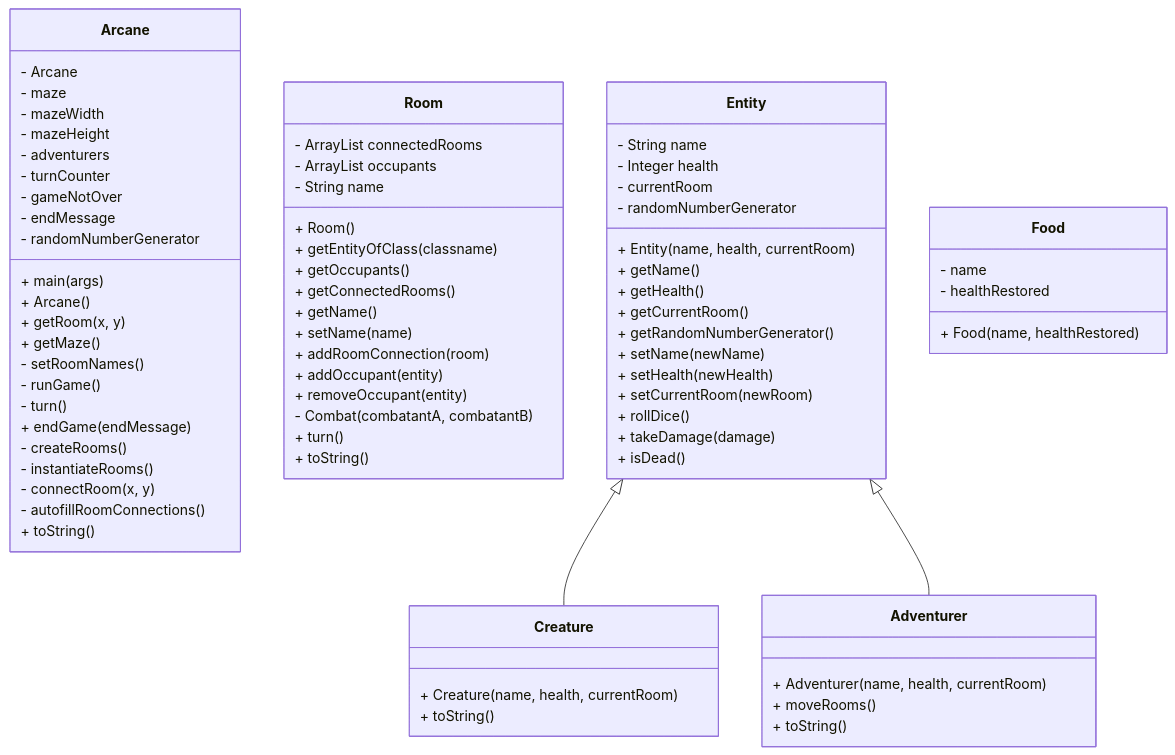
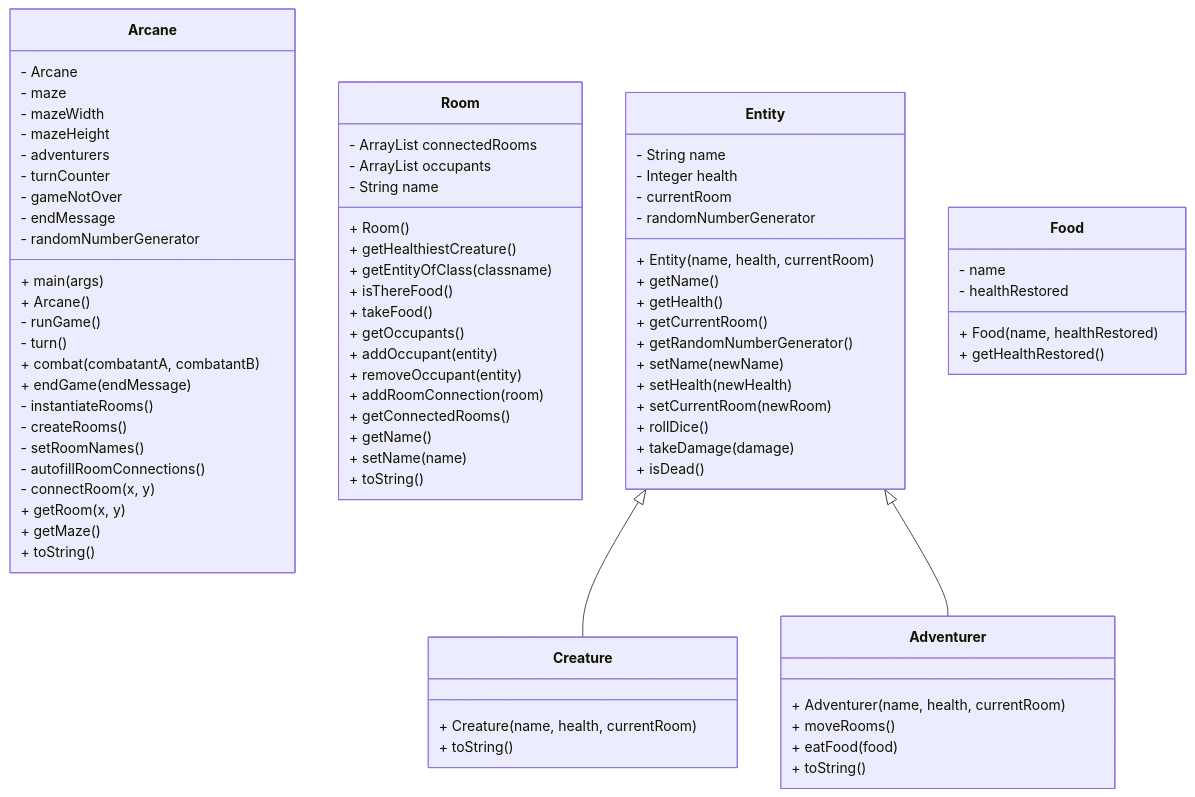
One commit to jonathancsci/csci4448-arcane-game changed the diagram in README.md. Above: the diagram before and after it, drawn with Mermaid.

````diff
--- a/README.md
+++ b/README.md
@@ -18,77 +18,81 @@
 ```mermaid
 classDiagram
     class Arcane {
         - Arcane
         - maze
         - mazeWidth
         - mazeHeight
         - adventurers
         - turnCounter
         - gameNotOver
         - endMessage
         - randomNumberGenerator
         + main(args)
         + Arcane()
+        - runGame()
+        - turn()
+        + combat(combatantA, combatantB)
+        + endGame(endMessage)
+        - instantiateRooms()
+        - createRooms()
+        - setRoomNames()
+        - autofillRoomConnections()
+        - connectRoom(x, y)
         + getRoom(x, y)
         + getMaze()
-        - setRoomNames()
-        - runGame()
-        - turn()
-        + endGame(endMessage)
-        - createRooms()
-        - instantiateRooms()
-        - connectRoom(x, y)
-        - autofillRoomConnections()
         + toString()
     }
     class Room {
         - ArrayList<Room> connectedRooms
         - ArrayList<Entity> occupants
         - String name
         + Room()
+        + getHealthiestCreature()
         + getEntityOfClass(classname)
+        + isThereFood()
+        + takeFood()
         + getOccupants()
+        + addOccupant(entity)
+        + removeOccupant(entity)
+        + addRoomConnection(room)
         + getConnectedRooms()
         + getName()
         + setName(name)
-        + addRoomConnection(room)
-        + addOccupant(entity)
-        + removeOccupant(entity)
-        - Combat(combatantA, combatantB)
-        + turn()
         + toString()
     }
     class Entity {
         - String name
         - Integer health
         - currentRoom
         - randomNumberGenerator
         + Entity(name, health, currentRoom)
         + getName()
         + getHealth()
         + getCurrentRoom()
         + getRandomNumberGenerator()
         + setName(newName)
         + setHealth(newHealth)
         + setCurrentRoom(newRoom)
         + rollDice()
         + takeDamage(damage)
         + isDead()
     }
     class Adventurer {
         + Adventurer(name, health, currentRoom)
         + moveRooms()
+        + eatFood(food)
         + toString()
     }
     class Creature {
         + Creature(name, health, currentRoom)
         + toString()
     }
     class Food {
-        + Food(name, healthRestored)
         - name
         - healthRestored
+        + Food(name, healthRestored)
+        + getHealthRestored()
     }
     Entity <|-- Creature
     Entity <|-- Adventurer
 ```
````
